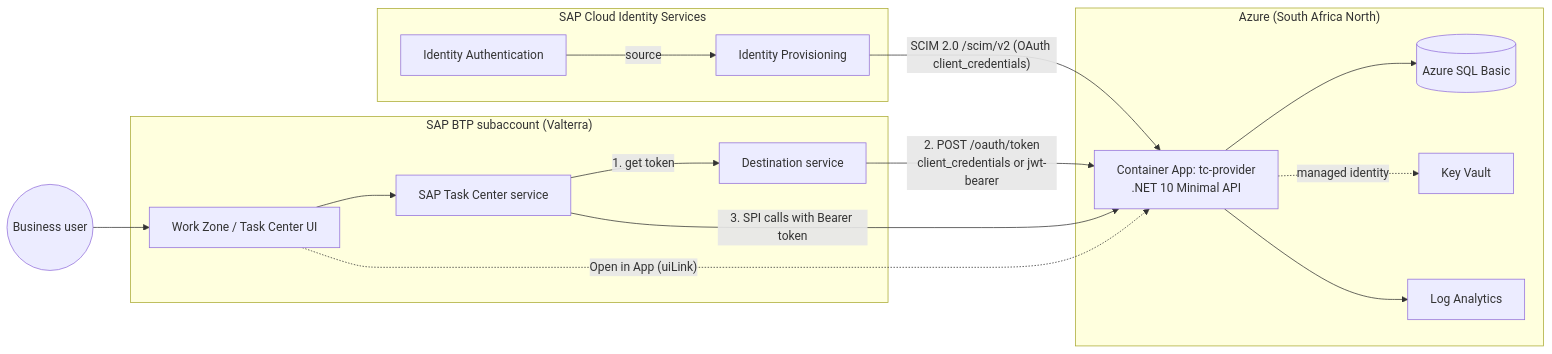
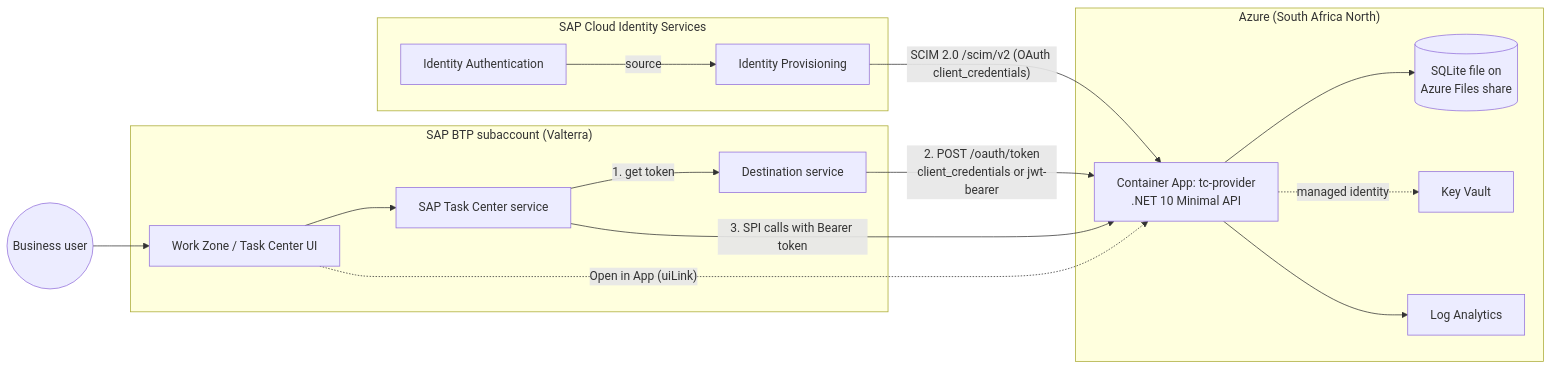
One commit to Aston-Integrove/task-center-provider-app changed the first of 5 diagrams in docs/architecture.md. Above: the diagram before and after it, drawn with Mermaid. The commit also changed other lines of this file and 43 other files, not shown here.

First line of the commit message:
feat(db): replace SQL Server with SQLite on an Azure Files share (ADR-011)

````diff
--- a/docs/architecture.md
+++ b/docs/architecture.md
@@ -5,28 +5,28 @@
 ```mermaid
 flowchart LR
   subgraph BTP["SAP BTP subaccount (Valterra)"]
     TC[SAP Task Center service]
     DS[Destination service]
     WZ[Work Zone / Task Center UI]
   end
   subgraph CIS["SAP Cloud Identity Services"]
     IAS[Identity Authentication]
     IPS[Identity Provisioning]
   end
   subgraph AZ["Azure (South Africa North)"]
     APP["Container App: tc-provider<br/>.NET 10 Minimal API"]
-    SQL[(Azure SQL Basic)]
+    SQL[(SQLite file on<br/>Azure Files share)]
     KV[Key Vault]
     LOG[Log Analytics]
   end
   User((Business user)) --> WZ --> TC
   TC -- "1. get token" --> DS
   DS -- "2. POST /oauth/token<br/>client_credentials or jwt-bearer" --> APP
   TC -- "3. SPI calls with Bearer token" --> APP
   IAS -- source --> IPS
   IPS -- "SCIM 2.0 /scim/v2 (OAuth client_credentials)" --> APP
   APP --> SQL
   APP -. managed identity .-> KV
   APP --> LOG
   WZ -. "Open in App (uiLink)" .-> APP
 ```
````
